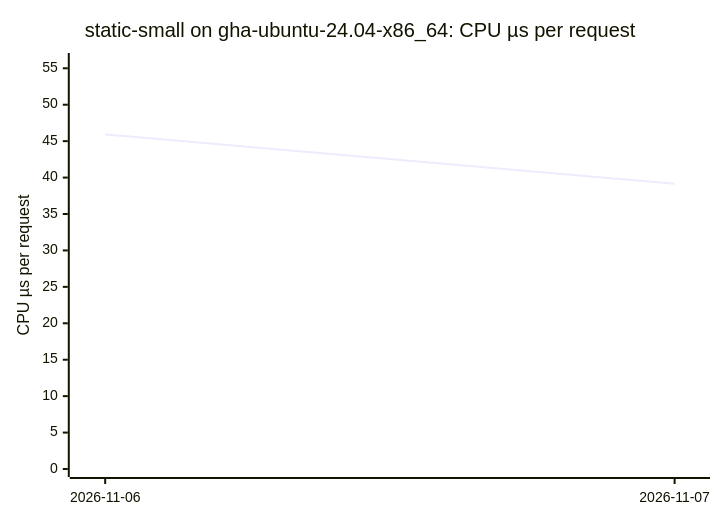
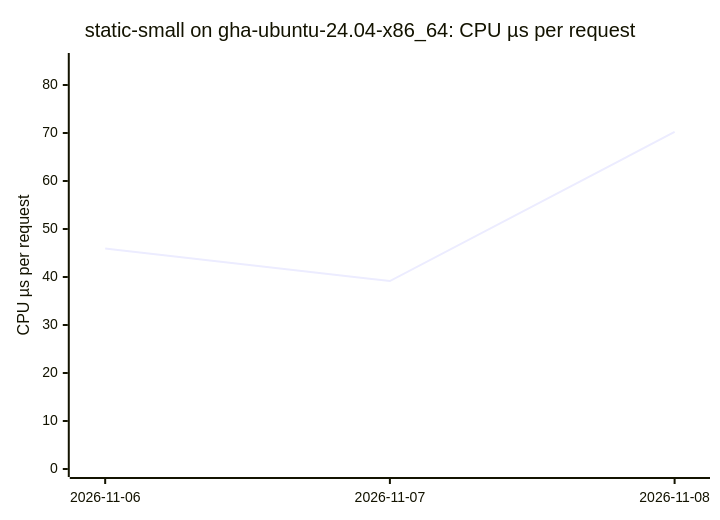
Before and after one commit to ThePixelPilgrim/durchlauferhitzer: the first of 16 diagrams in BENCHMARKS.md, drawn with Mermaid. The commit also changed other lines of this file and 1 other file, not shown here.

````diff
--- a/BENCHMARKS.md
+++ b/BENCHMARKS.md
@@ -25,7 +25,7 @@
 ```mermaid
 xychart-beta
   title "static-small on gha-ubuntu-24.04-x86_64: CPU µs per request"
-  x-axis ["2026-11-06", "2026-11-07"]
-  y-axis "CPU µs per request" 0 --> 56
-  line [45.92, 39.16]
+  x-axis ["2026-11-06", "2026-11-07", "2026-11-08"]
+  y-axis "CPU µs per request" 0 --> 85
+  line [45.92, 39.16, 70.24]
 ```
````
